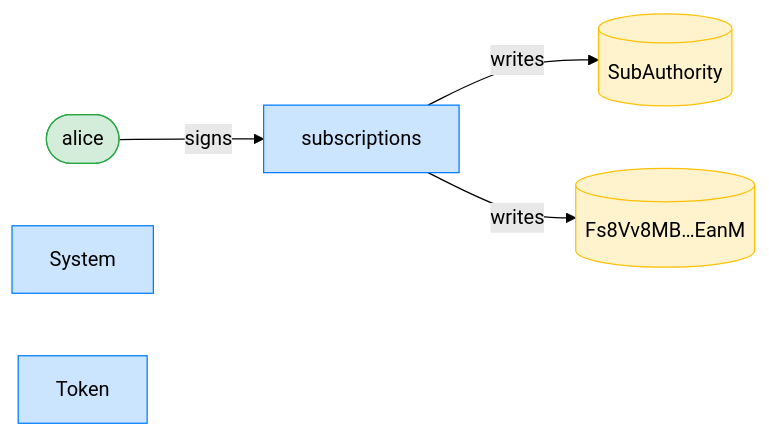
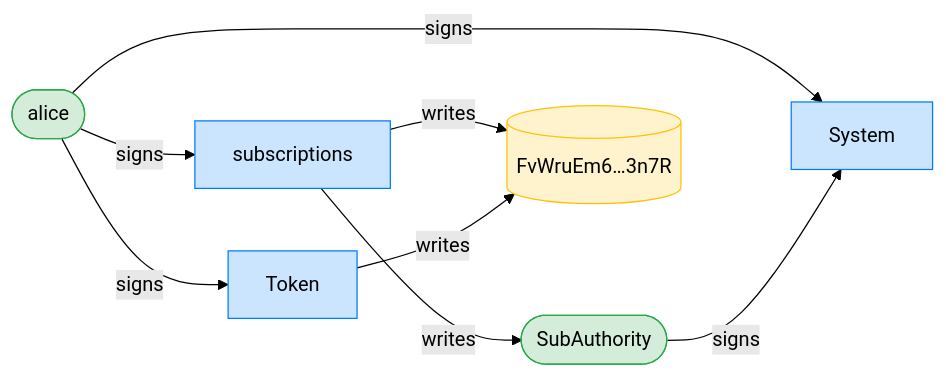
The seventh of 12 diagrams in dsl_tests/recurring-delegation-rejects-a-different-mint-transfer.md (cds-rs/subscriptions), drawn with Mermaid (forest theme) before and after one commit. The commit also changed other lines of this file and 224 other files, not shown here.

````diff
--- a/dsl_tests/recurring-delegation-rejects-a-different-mint-transfer.md
+++ b/dsl_tests/recurring-delegation-rejects-a-different-mint-transfer.md
@@ -136,15 +142,19 @@
 ```mermaid
 flowchart LR
     classDef signer fill:#d4edda,stroke:#28a745;
     classDef program fill:#cce5ff,stroke:#007bff;
     classDef writable fill:#fff3cd,stroke:#ffc107;
     subscriptions[subscriptions]:::program
     alice([alice]):::signer
-    SubAuthority[(SubAuthority)]:::writable
-    Fs8Vv8MB_EanM[("Fs8Vv8MB…EanM")]:::writable
+    SubAuthority([SubAuthority]):::signer
+    FvWruEm6_3n7R[("FvWruEm6…3n7R")]:::writable
     System[System]:::program
     Token[Token]:::program
     alice -->|signs| subscriptions
+    alice -->|signs| System
+    SubAuthority -->|signs| System
+    alice -->|signs| Token
     subscriptions -->|writes| SubAuthority
-    subscriptions -->|writes| Fs8Vv8MB_EanM
+    subscriptions -->|writes| FvWruEm6_3n7R
+    Token -->|writes| FvWruEm6_3n7R
 ```
````
